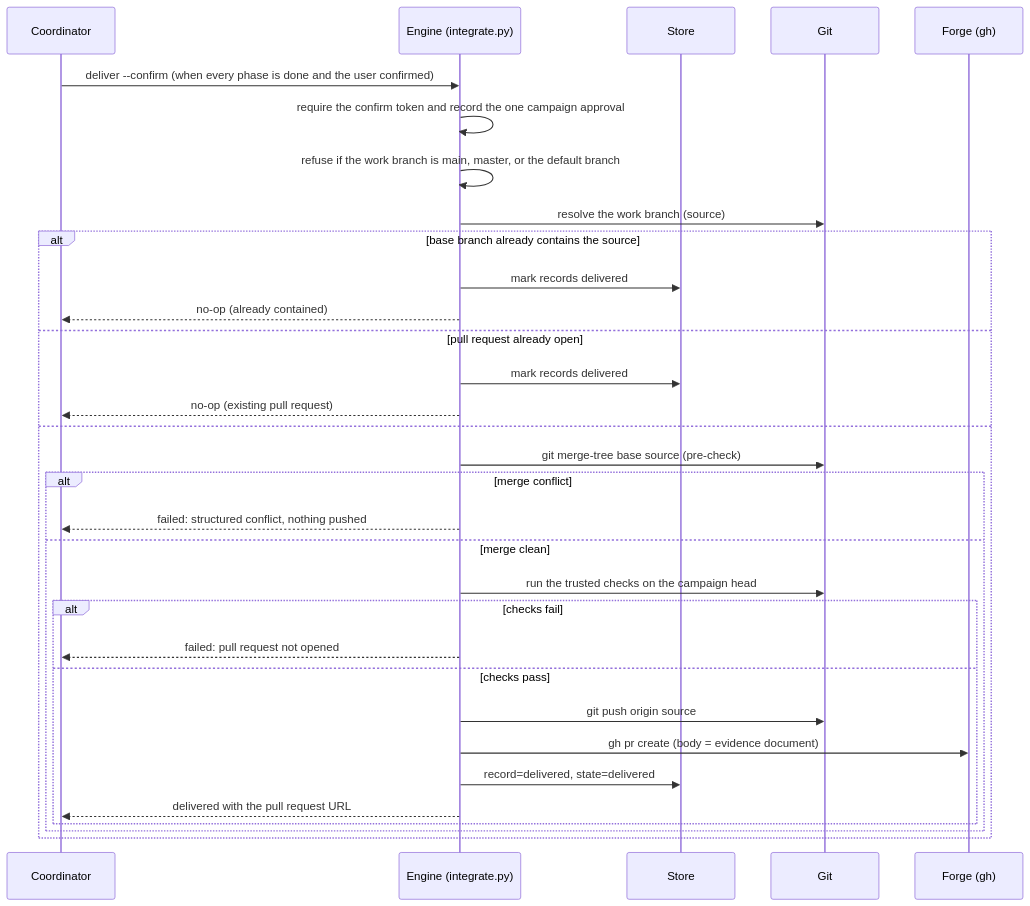
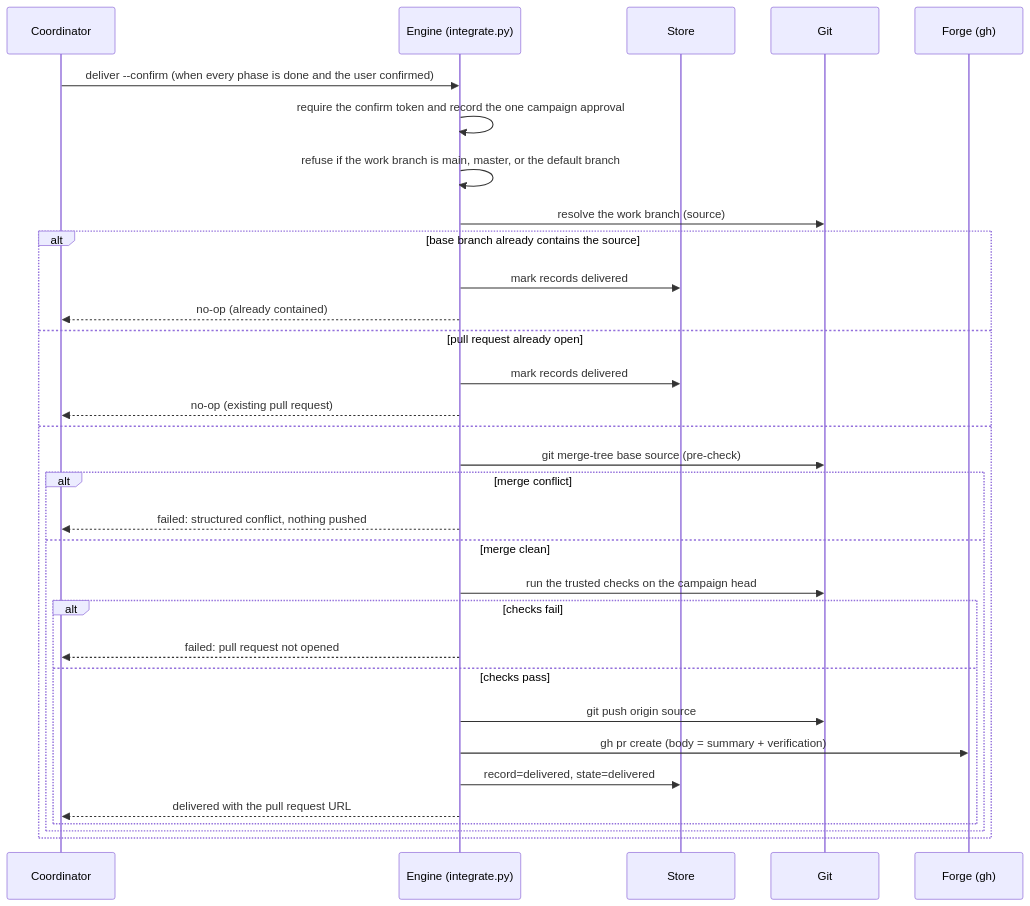
Before and after one commit to ming6ao/sliceme: the eighth of 10 diagrams in docs/architecture.md, drawn with Mermaid. The commit also changed other lines of this file and 15 other files, not shown here.

````diff
--- a/docs/architecture.md
+++ b/docs/architecture.md
@@ -351,35 +351,35 @@
 ```mermaid
 sequenceDiagram
   participant C as Coordinator
   participant E as Engine (integrate.py)
   participant D as Store
   participant G as Git
   participant F as Forge (gh)
 
   C->>E: deliver --confirm (when every phase is done and the user confirmed)
   E->>E: require the confirm token and record the one campaign approval
   E->>E: refuse if the work branch is main, master, or the default branch
   E->>G: resolve the work branch (source)
   alt base branch already contains the source
     E->>D: mark records delivered
     E-->>C: no-op (already contained)
   else pull request already open
     E->>D: mark records delivered
     E-->>C: no-op (existing pull request)
   else
     E->>G: git merge-tree base source (pre-check)
     alt merge conflict
       E-->>C: failed: structured conflict, nothing pushed
     else merge clean
       E->>G: run the trusted checks on the campaign head
       alt checks fail
         E-->>C: failed: pull request not opened
       else checks pass
         E->>G: git push origin source
-        E->>F: gh pr create (body = evidence document)
+        E->>F: gh pr create (body = summary + verification)
         E->>D: record=delivered, state=delivered
         E-->>C: delivered with the pull request URL
       end
     end
   end
 ```
````
